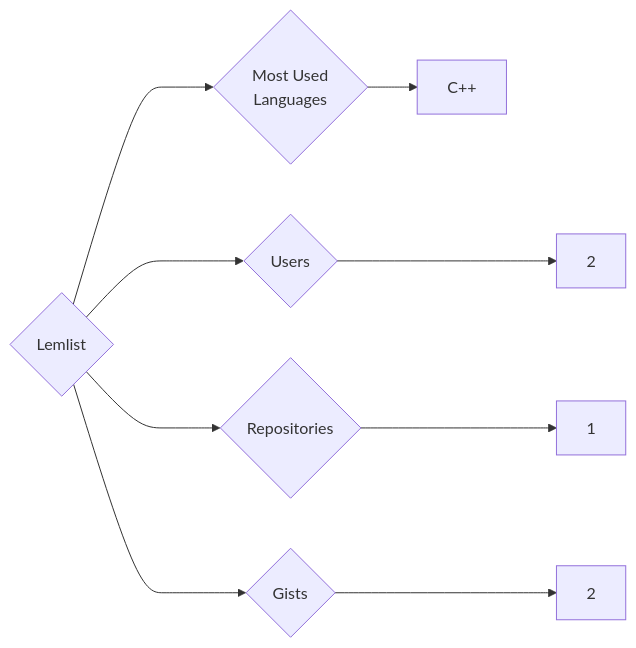
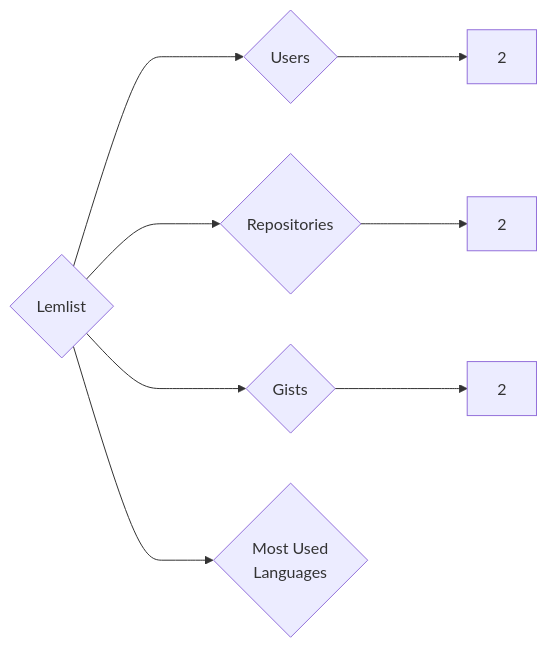
Before and after one commit to trickest/insiders: the diagram in targets/Lemlist/README.md, drawn with Mermaid. The commit also changed 1496 other files, not shown here.

````diff
--- a/targets/Lemlist/README.md
+++ b/targets/Lemlist/README.md
@@ -3,9 +3,8 @@
 ```mermaid
 graph LR
 COMPANY_NAME{Lemlist}
 COMPANY_NAME ---> U{Users} ---> UN[2]
-COMPANY_NAME ---> R{Repositories} ---> RN[1]
+COMPANY_NAME ---> R{Repositories} ---> RN[2]
 COMPANY_NAME ---> G{Gists} ---> GN[2]
 COMPANY_NAME ---> ML{Most Used<br>Languages}
-ML --> C++[C++]
 ```
````
